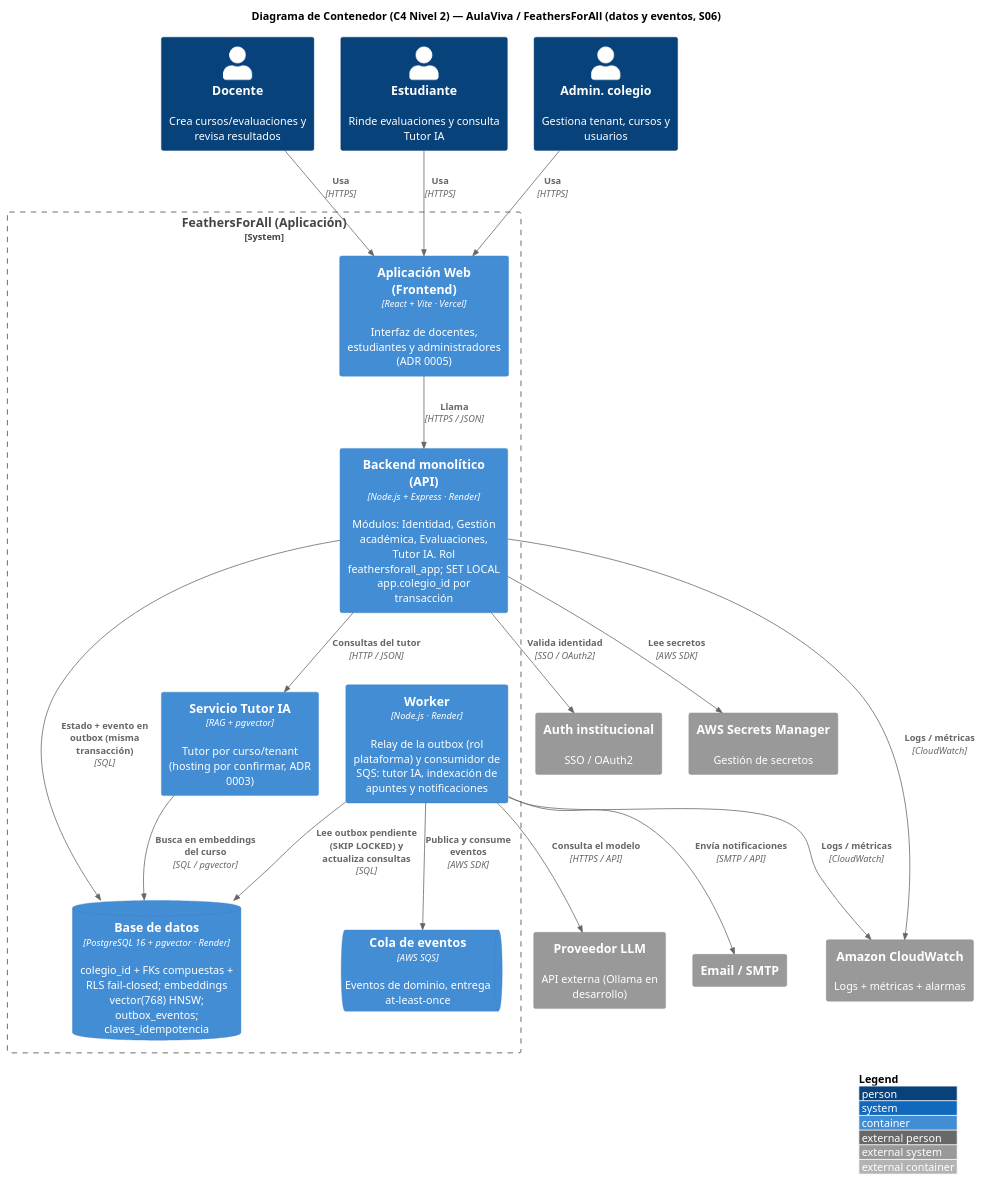
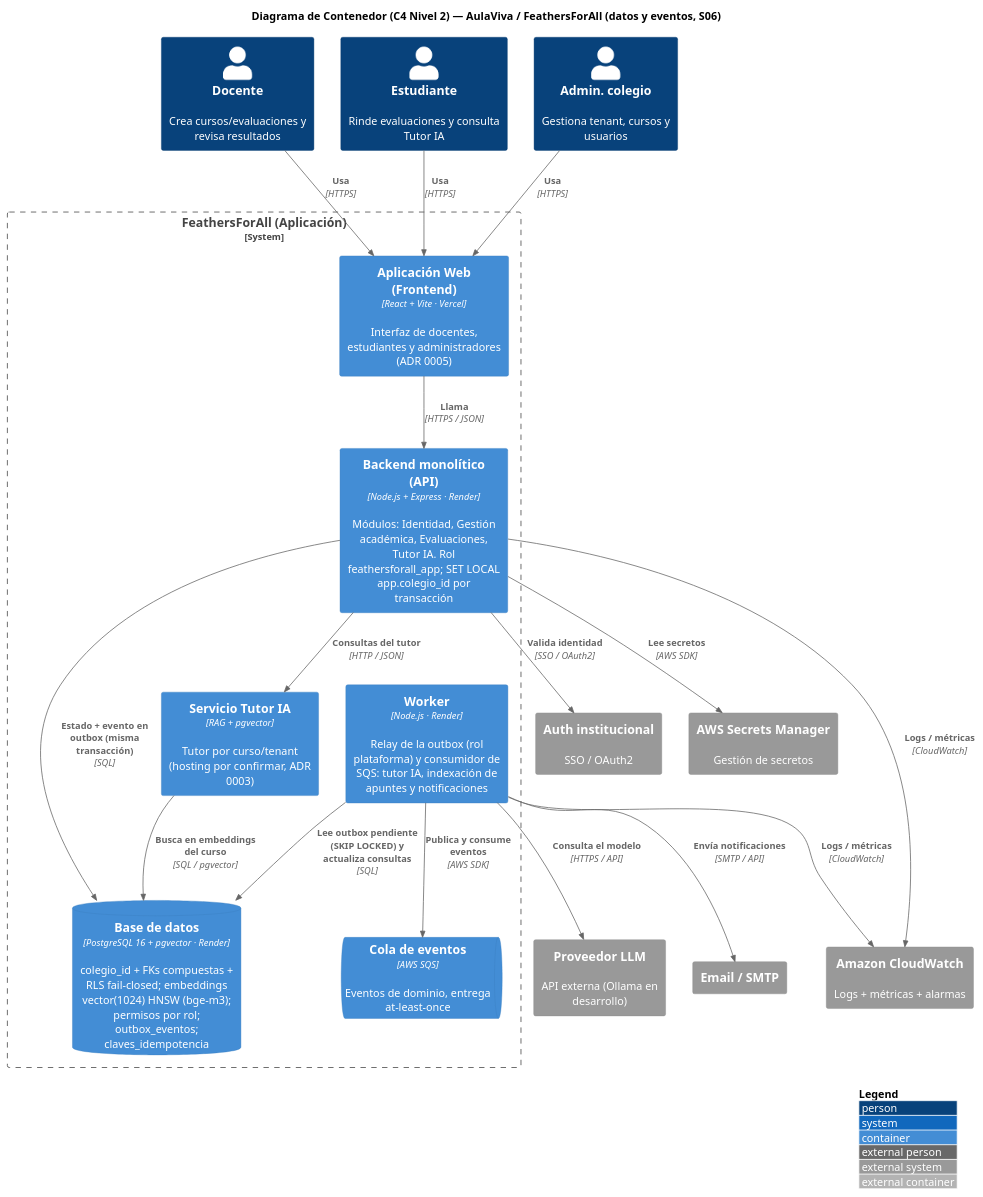
The diagram in FeathersForAll/Documentos/c4/l2-container.puml (Erolayer-Cl/FeathersForAll), drawn with PlantUML before and after one commit. The commit also changed 52 other files, not shown here.

Commit message:
feat(rag): tutor IA con RAG sobre pgvector, modulo de notas y calibracion bge-m3

```diff
--- a/FeathersForAll/Documentos/c4/l2-container.puml
+++ b/FeathersForAll/Documentos/c4/l2-container.puml
@@ -1,44 +1,44 @@
 @startuml l2-container
 !include https://raw.githubusercontent.com/plantuml-stdlib/C4-PlantUML/master/C4_Container.puml
 
 LAYOUT_WITH_LEGEND()
 
 title Diagrama de Contenedor (C4 Nivel 2) — AulaViva / FeathersForAll (datos y eventos, S06)
 
 Person(docente, "Docente", "Crea cursos/evaluaciones y revisa resultados")
 Person(estudiante, "Estudiante", "Rinde evaluaciones y consulta Tutor IA")
 Person(admin, "Admin. colegio", "Gestiona tenant, cursos y usuarios")
 
 System_Boundary(aulaviva, "FeathersForAll (Aplicación)") {
   Container(web, "Aplicación Web (Frontend)", "React + Vite · Vercel", "Interfaz de docentes, estudiantes y administradores (ADR 0005)")
   Container(api, "Backend monolítico (API)", "Node.js + Express · Render", "Módulos: Identidad, Gestión académica, Evaluaciones, Tutor IA. Rol feathersforall_app; SET LOCAL app.colegio_id por transacción")
   Container(tutor, "Servicio Tutor IA", "RAG + pgvector", "Tutor por curso/tenant (hosting por confirmar, ADR 0003)")
   Container(worker, "Worker", "Node.js · Render", "Relay de la outbox (rol plataforma) y consumidor de SQS: tutor IA, indexación de apuntes y notificaciones")
   ContainerQueue(sqs, "Cola de eventos", "AWS SQS", "Eventos de dominio, entrega at-least-once")
-  ContainerDb(db, "Base de datos", "PostgreSQL 16 + pgvector · Render", "colegio_id + FKs compuestas + RLS fail-closed; embeddings vector(768) HNSW; outbox_eventos; claves_idempotencia")
+  ContainerDb(db, "Base de datos", "PostgreSQL 16 + pgvector · Render", "colegio_id + FKs compuestas + RLS fail-closed; embeddings vector(1024) HNSW (bge-m3); permisos por rol; outbox_eventos; claves_idempotencia")
 }
 
 System_Ext(llm, "Proveedor LLM", "API externa (Ollama en desarrollo)")
 System_Ext(email, "Email / SMTP")
 System_Ext(auth, "Auth institucional", "SSO / OAuth2")
 System_Ext(secrets, "AWS Secrets Manager", "Gestión de secretos")
 System_Ext(cw, "Amazon CloudWatch", "Logs + métricas + alarmas")
 
 Rel(docente, web, "Usa", "HTTPS")
 Rel(estudiante, web, "Usa", "HTTPS")
 Rel(admin, web, "Usa", "HTTPS")
 
 Rel(web, api, "Llama", "HTTPS / JSON")
 Rel(api, db, "Estado + evento en outbox (misma transacción)", "SQL")
 Rel(api, tutor, "Consultas del tutor", "HTTP / JSON")
 Rel(tutor, db, "Busca en embeddings del curso", "SQL / pgvector")
 Rel(worker, db, "Lee outbox pendiente (SKIP LOCKED) y actualiza consultas", "SQL")
 Rel(worker, sqs, "Publica y consume eventos", "AWS SDK")
 Rel(worker, llm, "Consulta el modelo", "HTTPS / API")
 Rel(worker, email, "Envía notificaciones", "SMTP / API")
 Rel(api, secrets, "Lee secretos", "AWS SDK")
 Rel(api, cw, "Logs / métricas", "CloudWatch")
 Rel(worker, cw, "Logs / métricas", "CloudWatch")
 Rel(api, auth, "Valida identidad", "SSO / OAuth2")
 
 @enduml
```
